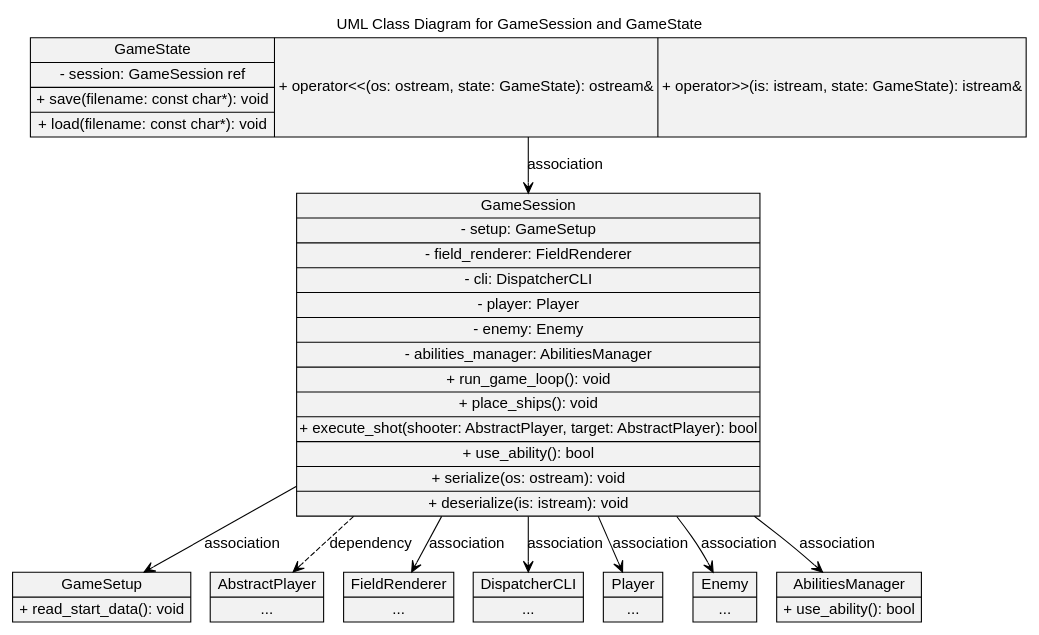
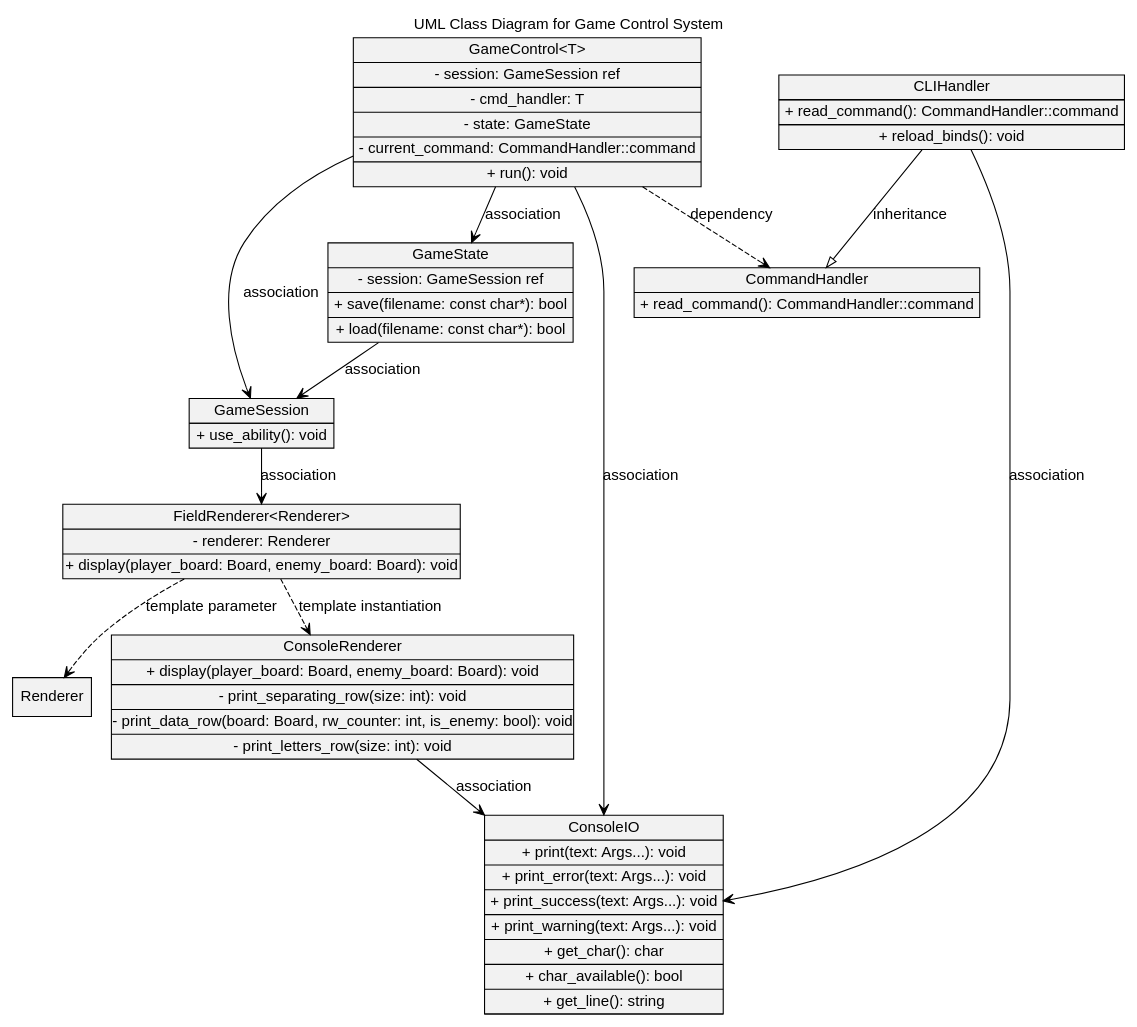
Before and after one commit to dqym/sea-battle: the diagram in sea_battle/uml.dot, drawn with Graphviz. The commit also changed 5 other files, not shown here.

```diff
--- a/sea_battle/uml.dot
+++ b/sea_battle/uml.dot
@@ -1,37 +1,36 @@
 digraph UML_Class_diagram {
     graph [
-    label="UML Class Diagram for GameSession and GameState"
+    label="UML Class Diagram for Game Control System"
     labelloc="t"
     fontname="Helvetica,Arial,sans-serif"
-    rankdir=UD
+    rankdir=TB
     ]
     node [
     fontname="Helvetica,Arial,sans-serif"
     shape=record
     style=filled
     fillcolor=gray95
     ]
     edge [fontname="Helvetica,Arial,sans-serif"]
 
-    GameSetup [label="{GameSetup | + read_start_data(): void}"]
-    AbstractPlayer [label="{AbstractPlayer | ...}"]
-    FieldRenderer [label="{FieldRenderer | ...}"]
-    DispatcherCLI [label="{DispatcherCLI | ...}"]
-    Player [label="{Player | ...}"]
-    Enemy [label="{Enemy | ...}"]
-    AbilitiesManager [label="{AbilitiesManager | + use_ability(): bool}"]
+    GameControl [label="{GameControl\<T\> | - session: GameSession ref | - cmd_handler: T | - state: GameState | - current_command: CommandHandler::command | + run(): void}"]
+    CLIHandler [label="{CLIHandler | - binds: map<char, CommandHandler::command> | - requested_keys: map<string, CommandHandler::command> | + read_command(): CommandHandler::command | + read_coordinate(): pair<char, int> | + reload_binds(): void}"]
+    CommandHandler [label="{CommandHandler | + read_command(): CommandHandler::command | + read_coordinate(): pair<char, int>}"]
+    ConsoleIO [label="{ConsoleIO | + print(text: Args...): void | + print_error(text: Args...): void | + print_success(text: Args...): void | + print_warning(text: Args...): void | + get_char(): char | + char_available(): bool | + get_line(): string | + get_coordinate(): pair<char, int>}"]
+    FieldRenderer [label="{FieldRenderer\<Renderer\> | - renderer: Renderer | + display(player_board: Board, enemy_board: Board): void}"]
+    ConsoleRenderer [label="{ConsoleRenderer | + display(player_board: Board, enemy_board: Board): void | - print_separating_row(size: int): void | - print_data_row(board: Board, rw_counter: int, is_enemy: bool): void | - print_letters_row(size: int): void}"]
+    GameSession [label="{GameSession | + run_game_step(coordinates: pair<char, int>): step_result | + use_ability(): void}"]
+    GameState [label="{GameState | - session: GameSession ref | + save(filename: const char*): bool | + load(filename: const char*): bool}"]
 
-    GameSession [label="{GameSession | - setup: GameSetup | - field_renderer: FieldRenderer | - cli: DispatcherCLI | - player: Player | - enemy: Enemy | - abilities_manager: AbilitiesManager | + run_game_loop(): void | + place_ships(): void | + execute_shot(shooter: AbstractPlayer, target: AbstractPlayer): bool | + use_ability(): bool | + serialize(os: ostream): void | + deserialize(is: istream): void}"]
-
-    GameState [label="{GameState | - session: GameSession ref | + save(filename: const char*): void | + load(filename: const char*): void} | + operator\<\<(os: ostream, state: GameState): ostream& | + operator\>\>(is: istream, state: GameState): istream&}"]
-
-    GameSession -> GameSetup [label="association" arrowhead=open]
+    GameControl -> GameSession [label="association" arrowhead=open]
+    GameControl -> CommandHandler [label="dependency" arrowhead=open style=dashed]
+    GameControl -> GameState [label="association" arrowhead=open]
+    GameControl -> ConsoleIO [label="association" arrowhead=open]
+    CLIHandler -> CommandHandler [label="inheritance" arrowhead=empty]
+    CLIHandler -> ConsoleIO [label="association" arrowhead=open]
+    FieldRenderer -> ConsoleRenderer [label="template instantiation" arrowhead=open style=dashed]
+    FieldRenderer -> Renderer [label="template parameter" arrowhead=open style=dashed]
+    ConsoleRenderer -> ConsoleIO [label="association" arrowhead=open]
     GameSession -> FieldRenderer [label="association" arrowhead=open]
-    GameSession -> DispatcherCLI [label="association" arrowhead=open]
-    GameSession -> Player [label="association" arrowhead=open]
-    GameSession -> Enemy [label="association" arrowhead=open]
-    GameSession -> AbilitiesManager [label="association" arrowhead=open]
-    GameSession -> AbstractPlayer [label="dependency" arrowhead=open style=dashed]
-
     GameState -> GameSession [label="association" arrowhead=open]
 }
```
